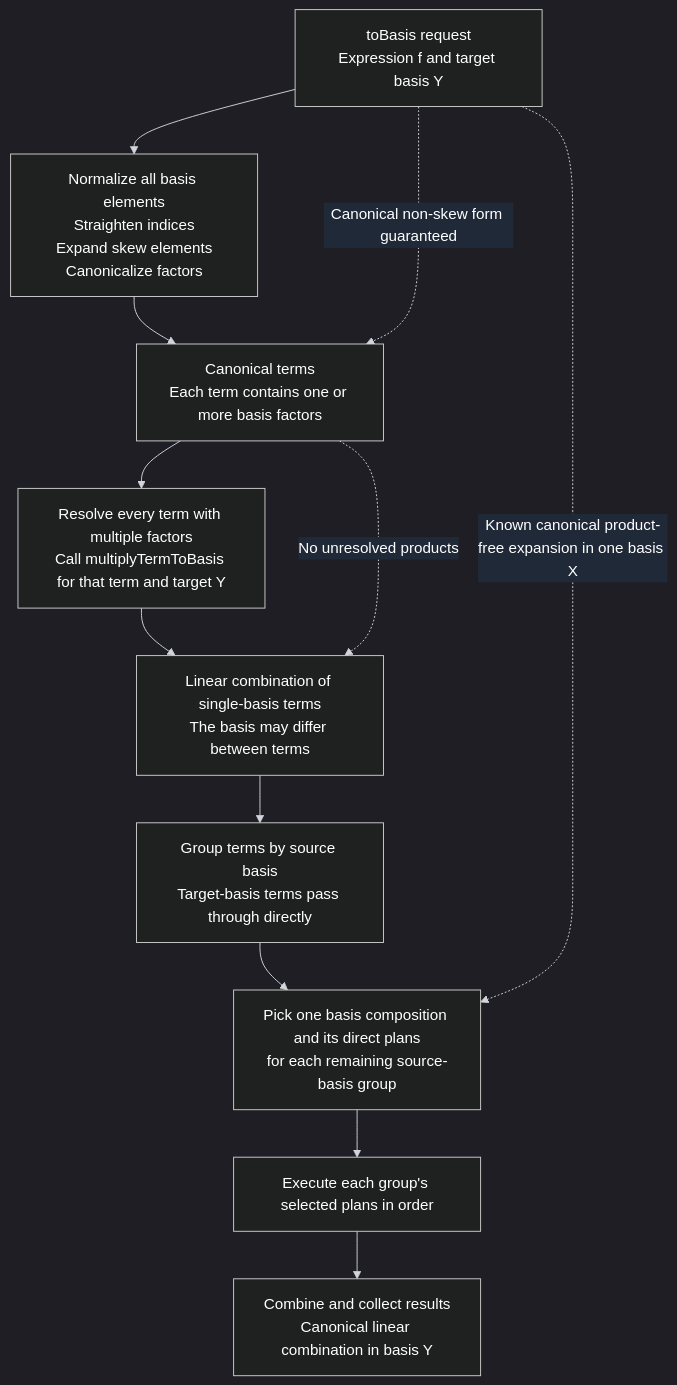
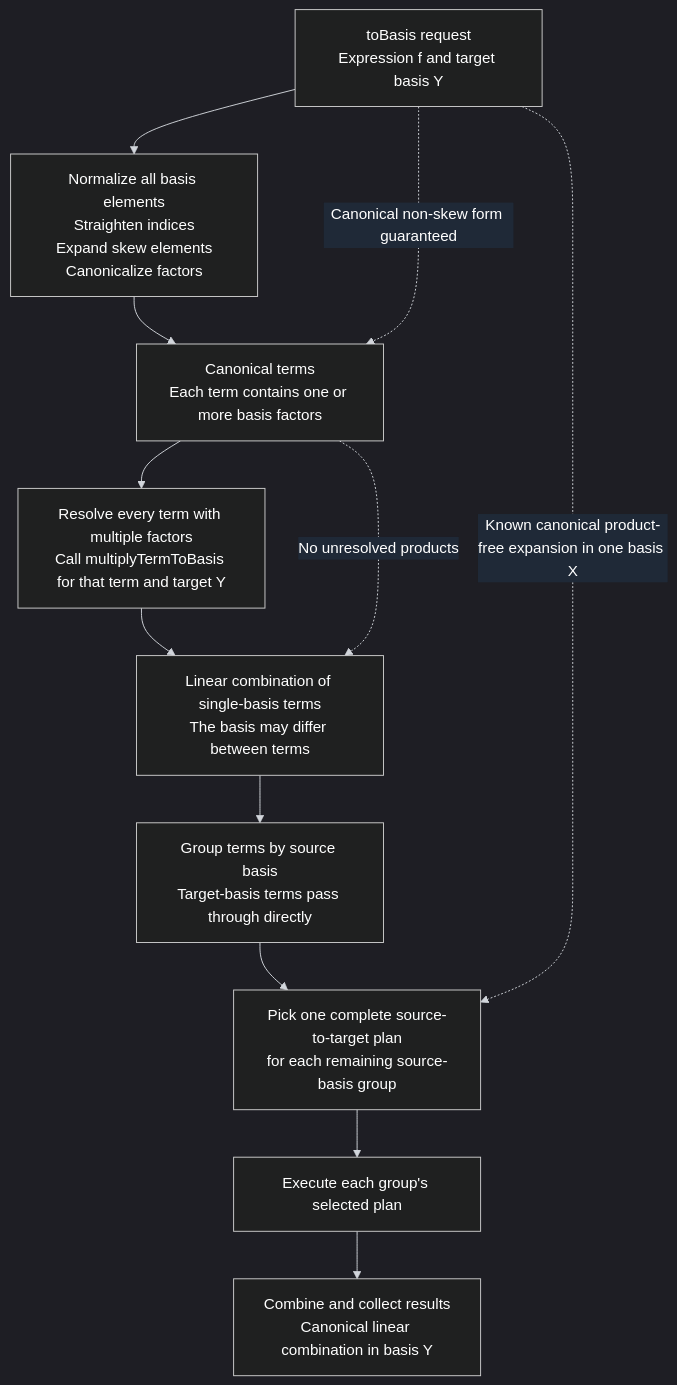
One commit to j-graf/M2 changed the first of 4 diagrams in M2/Macaulay2/e/symmetric-rings/TODO-pipelines.md. Above: the diagram before and after it, drawn with Mermaid. The commit also changed other lines of this file and 28 other files, not shown here.

````diff
--- a/M2/Macaulay2/e/symmetric-rings/TODO-pipelines.md
+++ b/M2/Macaulay2/e/symmetric-rings/TODO-pipelines.md
@@ -410,27 +882,27 @@
 ```mermaid
 %%{init: {"theme": "dark", "themeVariables": {"background": "#111827", "primaryColor": "#1f2937", "primaryTextColor": "#ffffff", "primaryBorderColor": "#9ca3af", "secondaryColor": "#1f2937", "secondaryTextColor": "#ffffff", "tertiaryColor": "#1f2937", "tertiaryTextColor": "#ffffff", "lineColor": "#d1d5db", "textColor": "#ffffff", "nodeTextColor": "#ffffff", "edgeLabelBackground": "#1f2937"}}}%%
 flowchart TD
     A["toBasis request<br/>Expression f and target basis Y"]
 
     A --> B["Normalize all basis elements<br/>Straighten indices<br/>Expand skew elements<br/>Canonicalize factors"]
 
     B --> C["Canonical terms<br/>Each term contains one or more basis factors"]
 
     A -. "Canonical non-skew form guaranteed" .-> C
 
     C --> D["Resolve every term with multiple factors<br/>Call multiplyTermToBasis for that term and target Y"]
 
     D --> E["Linear combination of single-basis terms<br/>The basis may differ between terms"]
 
     C -. "No unresolved products" .-> E
 
     E --> F["Group terms by source basis<br/>Target-basis terms pass through directly"]
 
-    F --> G["Pick one basis composition and its direct plans<br/>for each remaining source-basis group"]
+    F --> G["Pick one complete source-to-target plan<br/>for each remaining source-basis group"]
 
     A -. "Known canonical product-free expansion in one basis X" .-> G
 
-    G --> H["Execute each group's selected plans in order"]
+    G --> H["Execute each group's selected plan"]
 
     H --> I["Combine and collect results<br/>Canonical linear combination in basis Y"]
 ```
````
